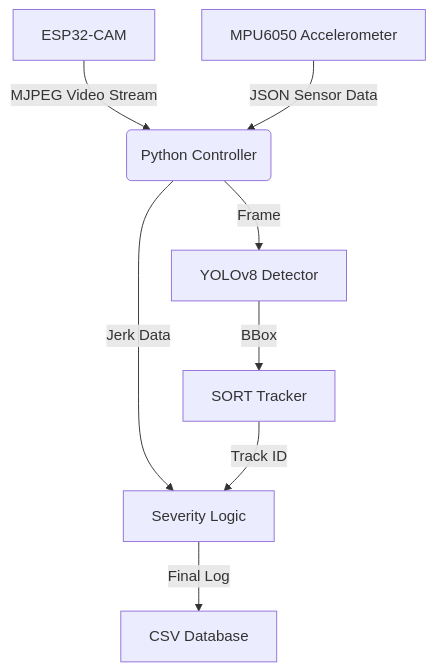
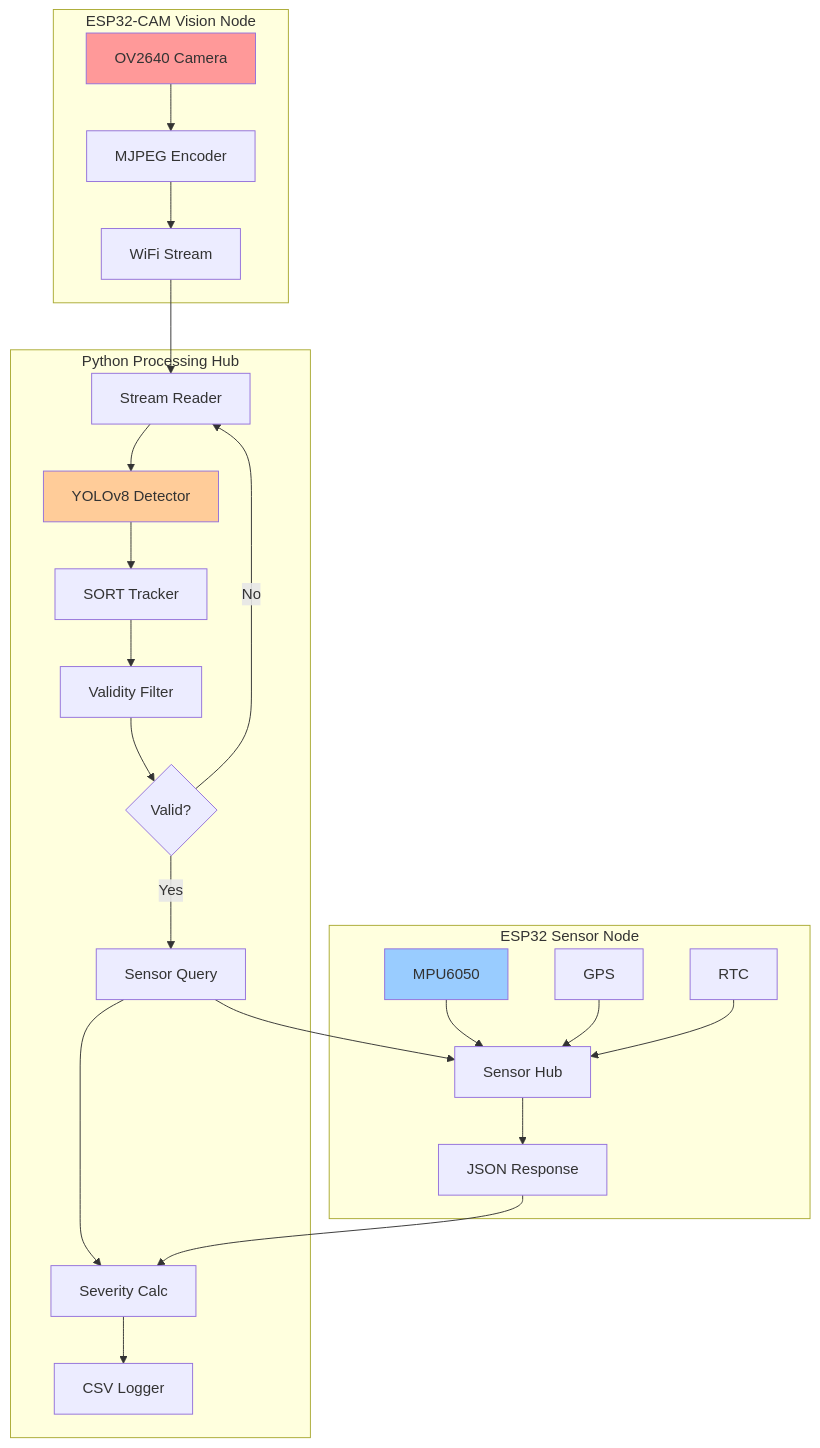
Before and after one commit to Shruti2626-cloud/PotHoleDetection: the diagram in README.md, drawn with Mermaid. The commit also changed other lines of this file and 13 other files, not shown here.

````diff
--- a/README.md
+++ b/README.md
@@ -12,10 +32,33 @@
 ```mermaid
-graph TD
-    A[ESP32-CAM] -->|MJPEG Video Stream| C(Python Controller)
-    B[MPU6050 Accelerometer] -->|JSON Sensor Data| C
-    C -->|Frame| D[YOLOv8 Detector]
-    C -->|Jerk Data| E[Severity Logic]
-    D -->|BBox| F[SORT Tracker]
-    F -->|Track ID| E
-    E -->|Final Log| G[CSV Database]
+graph TB
+    subgraph "ESP32-CAM Vision Node"
+        A[OV2640 Camera] --> B[MJPEG Encoder]
+        B --> C[WiFi Stream]
+    end
+    
+    subgraph "Python Processing Hub"
+        D[Stream Reader] --> E[YOLOv8 Detector]
+        E --> F[SORT Tracker]
+        F --> G[Validity Filter]
+        G --> H{Valid?}
+        H -->|Yes| I[Sensor Query]
+        H -->|No| D
+        I --> J[Severity Calc]
+        J --> K[CSV Logger]
+    end
+    
+    subgraph "ESP32 Sensor Node"
+        L[MPU6050] --> M[Sensor Hub]
+        N[GPS] --> M
+        O[RTC] --> M
+        M --> P[JSON Response]
+    end
+    
+    C --> D
+    I --> M
+    P --> J
+    
+    style A fill:#ff9999
+    style L fill:#99ccff
+    style E fill:#ffcc99
 ```
````
